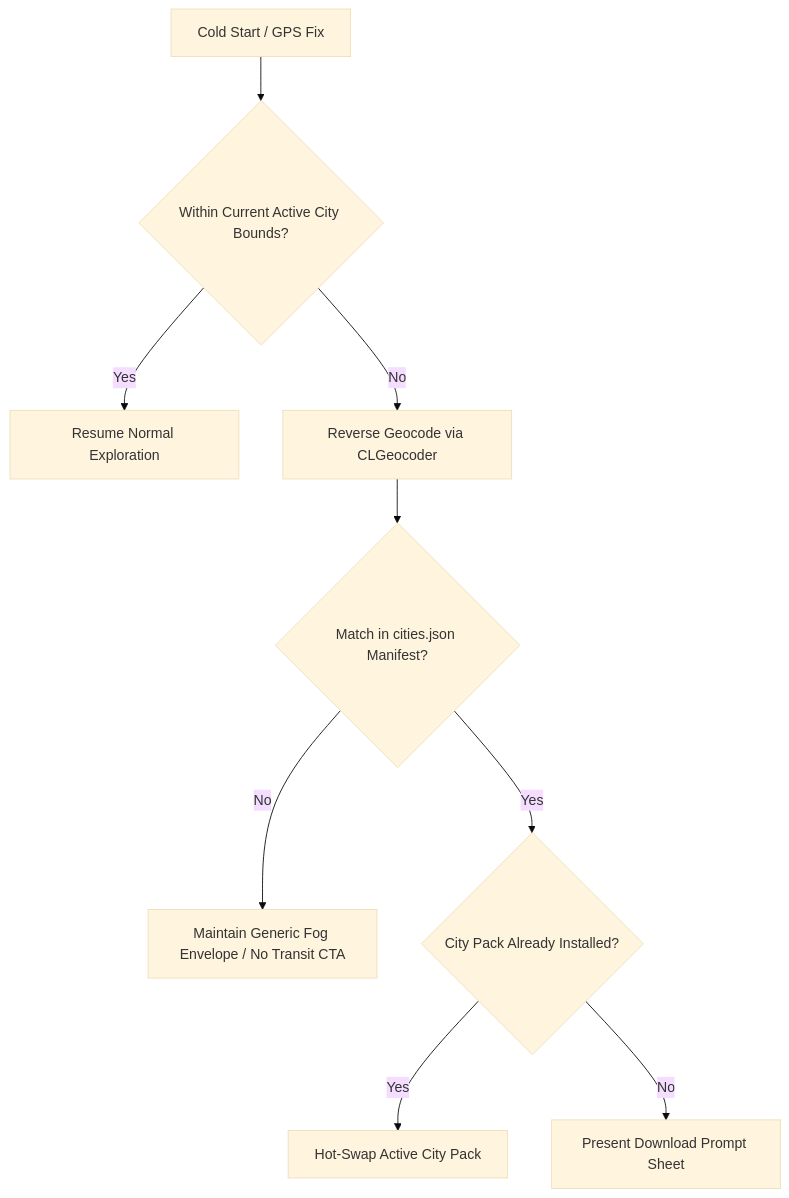
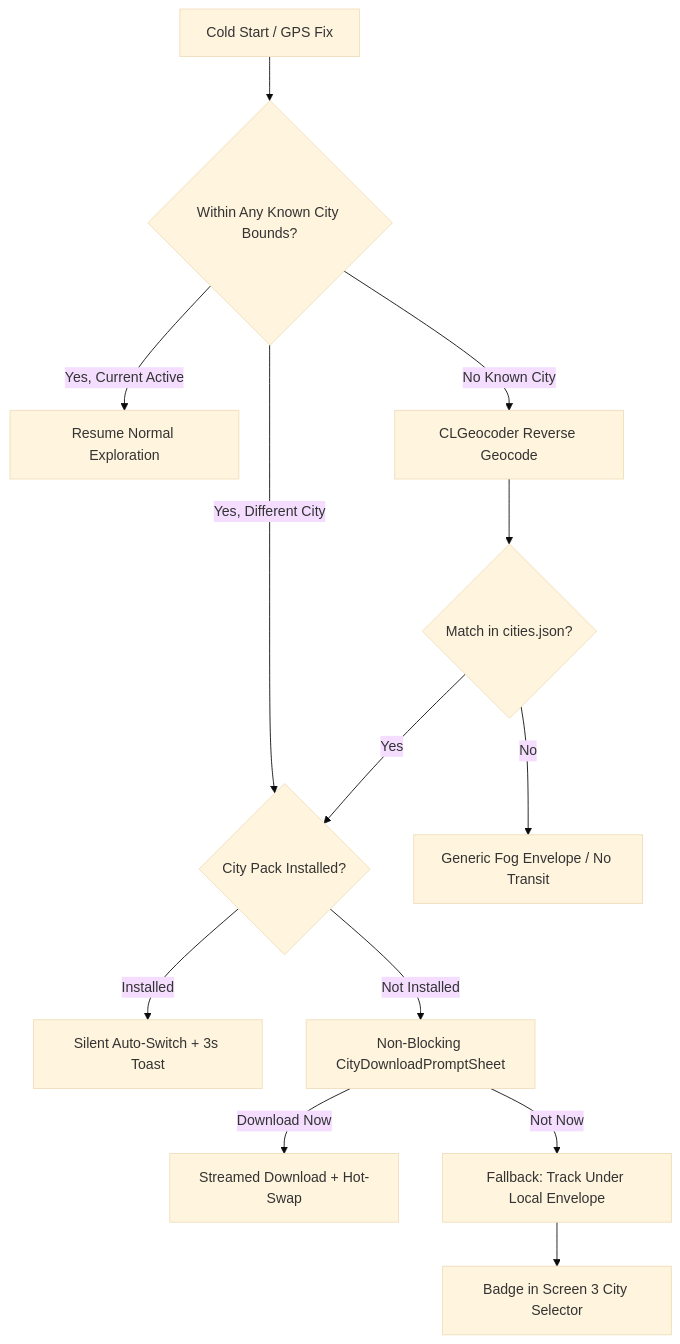
One commit to walshkang/derivee changed the first of 3 diagrams in docs/multi-city.md. Above: the diagram before and after it, drawn with Mermaid (base theme). The commit also changed other lines of this file and 3 other files, not shown here.

First line of the commit message:
docs(wave-l): formalize multi-city architecture RFC, UI specs, and agent guardrails

````diff
--- a/docs/multi-city.md
+++ b/docs/multi-city.md
@@ -25,11 +26,15 @@
 ```mermaid
 flowchart TD
-    A[Cold Start / GPS Fix] --> B{Within Current Active City Bounds?}
-    B -- Yes --> C[Resume Normal Exploration]
-    B -- No --> D[Reverse Geocode via CLGeocoder]
-    D --> E{Match in cities.json Manifest?}
-    E -- No --> F[Maintain Generic Fog Envelope / No Transit CTA]
-    E -- Yes --> G{City Pack Already Installed?}
-    G -- Yes --> H[Hot-Swap Active City Pack]
-    G -- No --> I[Present Download Prompt Sheet]
+    A[Cold Start / GPS Fix] --> B{Within Any Known City Bounds?}
+    B -- Yes, Current Active --> C[Resume Normal Exploration]
+    B -- Yes, Different City --> D{City Pack Installed?}
+    B -- No Known City --> E[CLGeocoder Reverse Geocode]
+    E --> F{Match in cities.json?}
+    F -- No --> G[Generic Fog Envelope / No Transit]
+    F -- Yes --> D
+    D -- Installed --> H[Silent Auto-Switch + 3s Toast]
+    D -- Not Installed --> I[Non-Blocking CityDownloadPromptSheet]
+    I -- Download Now --> J[Streamed Download + Hot-Swap]
+    I -- Not Now --> K[Fallback: Track Under Local Envelope]
+    K --> L[Badge in Screen 3 City Selector]
 ```
````
